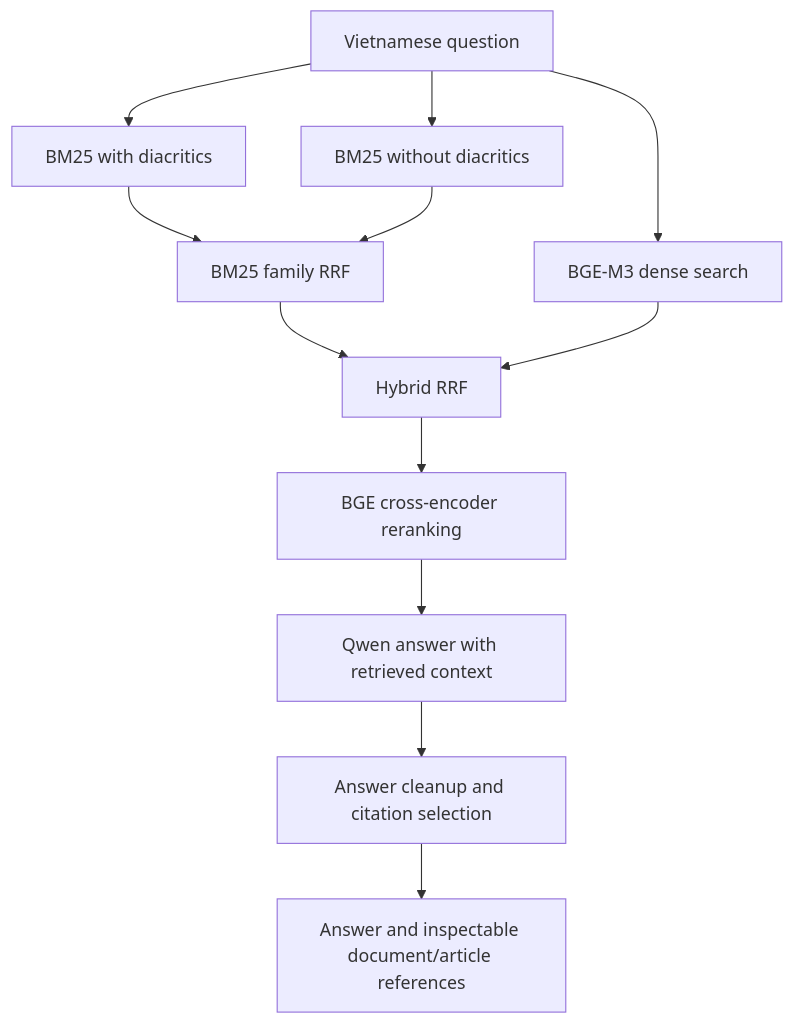
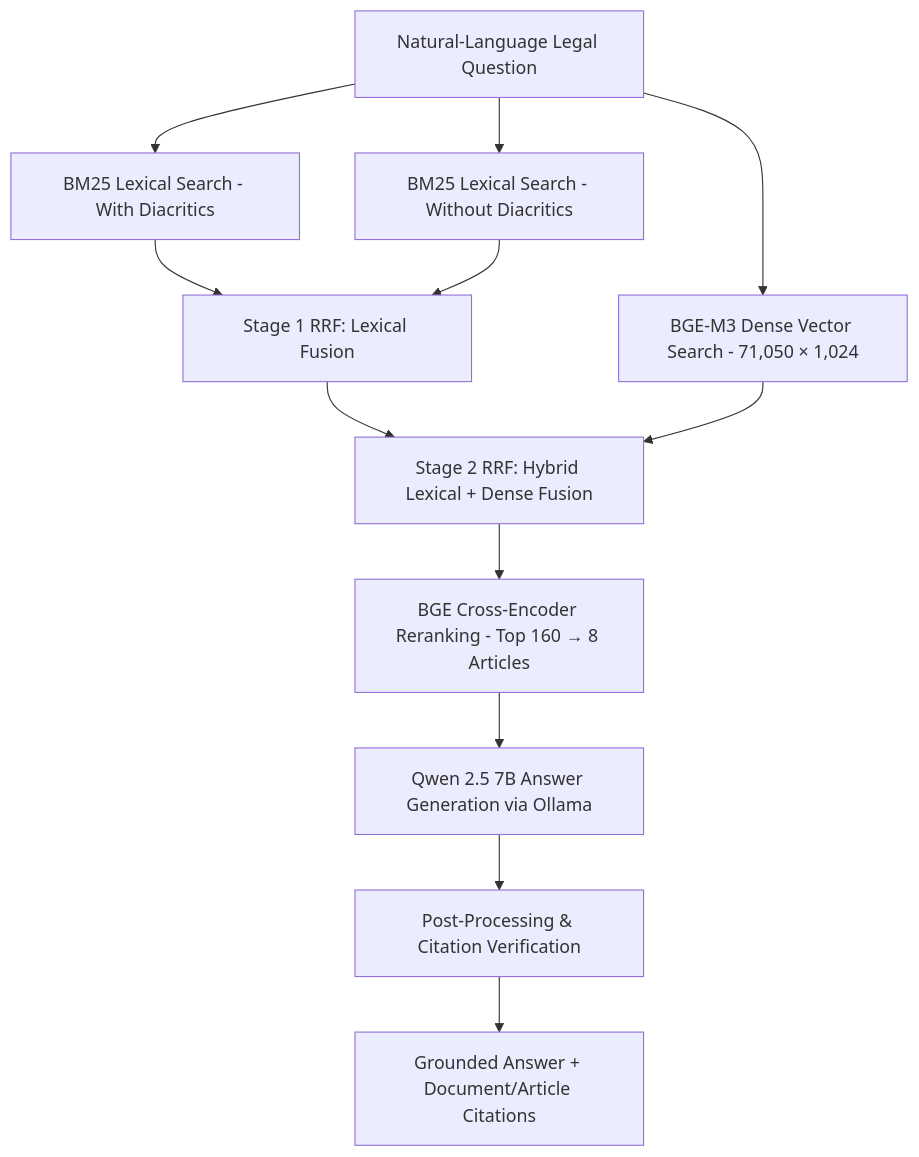
The diagram in README.md (letriluan/AI-Legal-Assistant), drawn with Mermaid before and after one commit. The commit also changed other lines of this file, not shown here.

Commit message:
Update README with live preview link, clear RAG architecture, and streamlined setup

````diff
--- a/README.md
+++ b/README.md
@@ -37,14 +21,14 @@
 ```mermaid
 flowchart TD
-    Q[Vietnamese question] --> B1[BM25 with diacritics]
-    Q --> B2[BM25 without diacritics]
-    B1 --> RF1[BM25 family RRF]
+    Q[Natural-Language Legal Question] --> B1[BM25 Lexical Search - With Diacritics]
+    Q --> B2[BM25 Lexical Search - Without Diacritics]
+    B1 --> RF1[Stage 1 RRF: Lexical Fusion]
     B2 --> RF1
-    Q --> D[BGE-M3 dense search]
-    RF1 --> RF2[Hybrid RRF]
+    Q --> D[BGE-M3 Dense Vector Search - 71,050 × 1,024]
+    RF1 --> RF2[Stage 2 RRF: Hybrid Lexical + Dense Fusion]
     D --> RF2
-    RF2 --> R[BGE cross-encoder reranking]
-    R --> G[Qwen answer with retrieved context]
-    G --> C[Answer cleanup and citation selection]
-    C --> A[Answer and inspectable document/article references]
+    RF2 --> R[BGE Cross-Encoder Reranking - Top 160 → 8 Articles]
+    R --> G[Qwen 2.5 7B Answer Generation via Ollama]
+    G --> C[Post-Processing & Citation Verification]
+    C --> A[Grounded Answer + Document/Article Citations]
 ```
````
